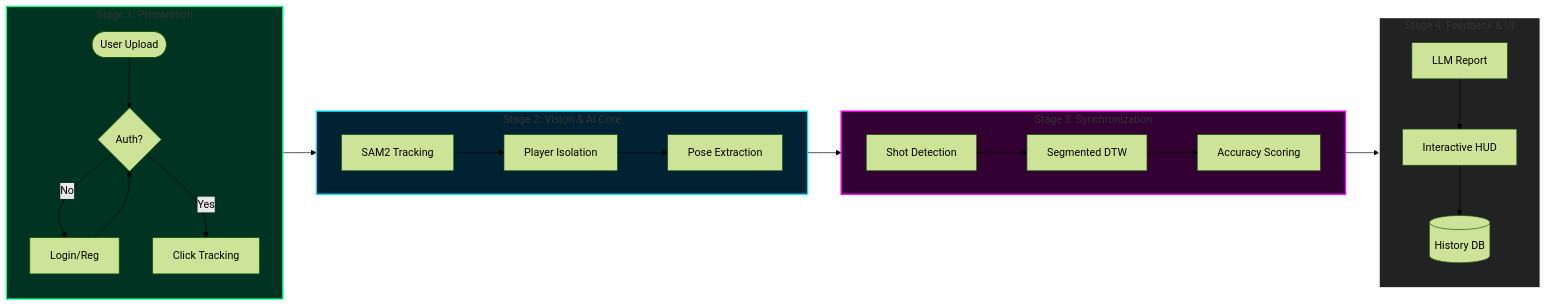
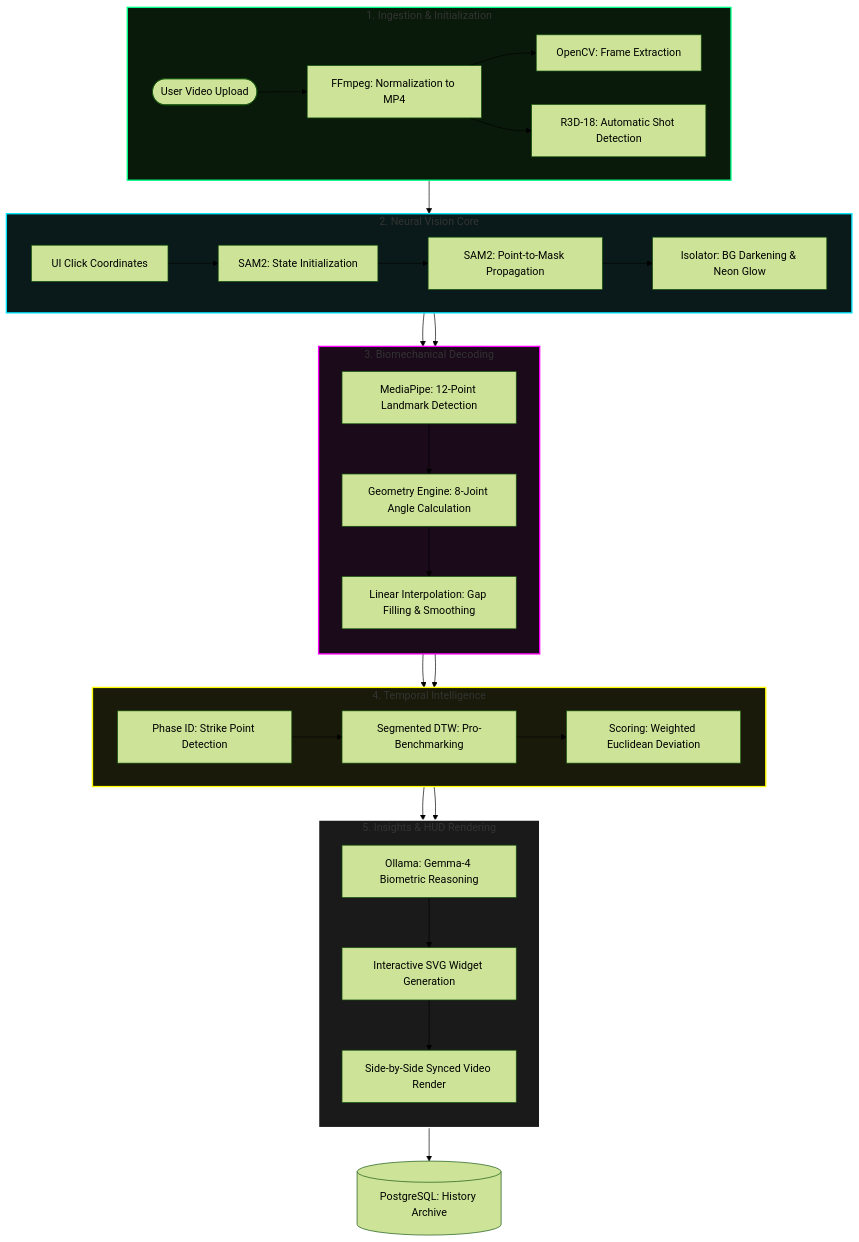
Before and after one commit to milansinghal2004/AthletiQ: the first of 2 diagrams in README.md, drawn with Mermaid (forest theme). The commit also changed other lines of this file and 1 other file, not shown here.

Commit message:
docs: implement high-fidelity multi-dimensional analysis flowchart

````diff
--- a/README.md
+++ b/README.md
@@ -36,43 +36,55 @@
 ```mermaid
-graph LR
-    %% Stage 1: Preparation
-    subgraph ST1 ["Stage 1: Preparation"]
-        direction TB
-        A([User Upload]) --> B{Auth?}
-        B -- No --> C[Login/Reg]
-        B -- Yes --> D[Click Tracking]
-        C --> B
+graph TD
+    %% --- INGESTION STAGE ---
+    subgraph IN ["1. Ingestion & Initialization"]
+        A([User Video Upload]) --> B[FFmpeg: Normalization to MP4]
+        B --> C[OpenCV: Frame Extraction]
+        B --> D[R3D-18: Automatic Shot Detection]
     end
 
-    %% Stage 2: Vision Core
-    subgraph ST2 ["Stage 2: Vision & AI Core"]
+    %% --- VISION STAGE ---
+    subgraph VN ["2. Neural Vision Core"]
         direction LR
-        E[SAM2 Tracking] --> F[Player Isolation]
-        F --> G[Pose Extraction]
+        E[UI Click Coordinates] --> F[SAM2: State Initialization]
+        F --> G[SAM2: Point-to-Mask Propagation]
+        G --> H[Isolator: BG Darkening & Neon Glow]
     end
 
-    %% Stage 3: Synchronization
-    subgraph ST3 ["Stage 3: Synchronization"]
-        direction LR
-        H[Shot Detection] --> I[Segmented DTW]
-        I --> J[Accuracy Scoring]
+    %% --- BIOMECHANICS STAGE ---
+    subgraph BM ["3. Biomechanical Decoding"]
+        direction TB
+        H --> I[MediaPipe: 12-Point Landmark Detection]
+        I --> J[Geometry Engine: 8-Joint Angle Calculation]
+        J --> K[Linear Interpolation: Gap Filling & Smoothing]
     end
 
-    %% Stage 4: Feedback
-    subgraph ST4 ["Stage 4: Feedback & UI"]
-        direction TB
-        K[LLM Report] --> L[Interactive HUD]
-        L --> M[(History DB)]
+    %% --- ALIGNMENT STAGE ---
+    subgraph SY ["4. Temporal Intelligence"]
+        direction LR
+        K --> L[Phase ID: Strike Point Detection]
+        L --> M[Segmented DTW: Pro-Benchmarking]
+        M --> N[Scoring: Weighted Euclidean Deviation]
     end
 
-    %% Connections
-    D --> ST2
-    ST2 --> ST3
-    ST3 --> ST4
+    %% --- INSIGHT STAGE ---
+    subgraph RT ["5. Insights & HUD Rendering"]
+        direction TB
+        N --> O[Ollama: Gemma-4 Biometric Reasoning]
+        O --> P[Interactive SVG Widget Generation]
+        P --> Q[Side-by-Side Synced Video Render]
+    end
 
-    %% Styling
-    style ST1 fill:#003322,stroke:#00ff88,stroke-width:2px
-    style ST2 fill:#002233,stroke:#00e5ff,stroke-width:2px
-    style ST3 fill:#330033,stroke:#ff00ff,stroke-width:2px
-    style ST4 fill:#222222,stroke:#ffffff,stroke-width:2px
+    %% --- EXTERNAL CONNECTIONS ---
+    IN --> VN
+    VN --> BM
+    BM --> SY
+    SY --> RT
+    RT --> Z[(PostgreSQL: History Archive)]
+
+    %% --- STYLING ---
+    style IN fill:#0a1a0a,stroke:#00ff88,stroke-width:2px
+    style VN fill:#0a1a1a,stroke:#00e5ff,stroke-width:2px
+    style BM fill:#1a0a1a,stroke:#ff00ff,stroke-width:2px
+    style SY fill:#1a1a0a,stroke:#ffff00,stroke-width:2px
+    style RT fill:#1a1a1a,stroke:#ffffff,stroke-width:2px
 ```
````
